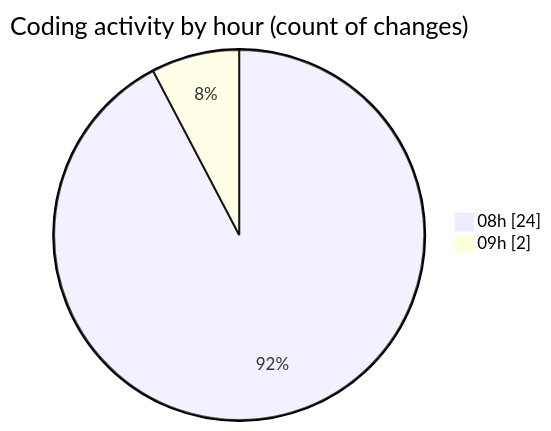
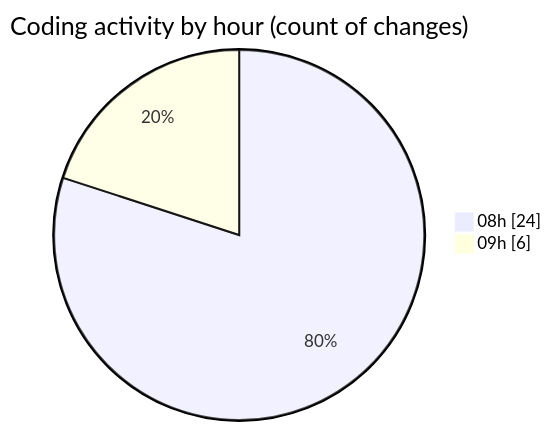
The second of 2 diagrams in 2025-05-12/niten/README.md (Elitesun/code-tracking), drawn with Mermaid before and after one commit. The commit also changed other lines of this file and 1 other file, not shown here.

````diff
--- a/2025-05-12/niten/README.md
+++ b/2025-05-12/niten/README.md
@@ -41,6 +44,6 @@
 ```mermaid
 pie showData
 title Coding activity by hour (count of changes)
 "08h" : 24
-"09h" : 2
+"09h" : 6
 ```
````
